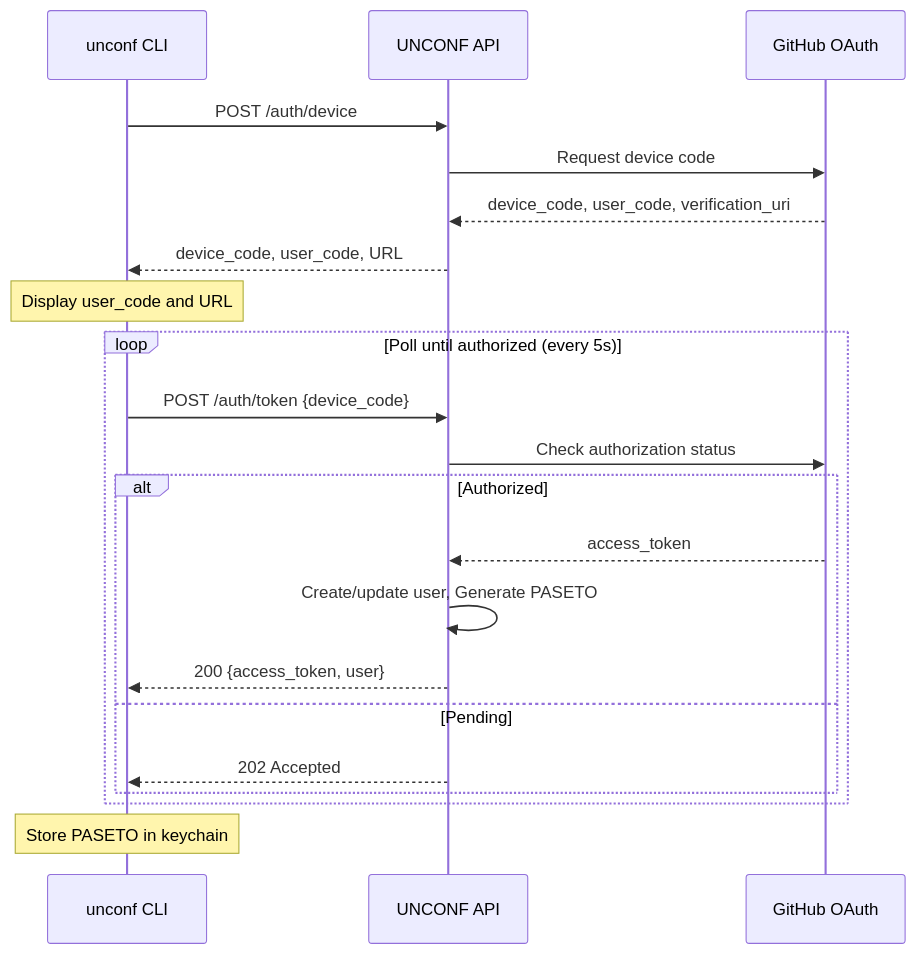
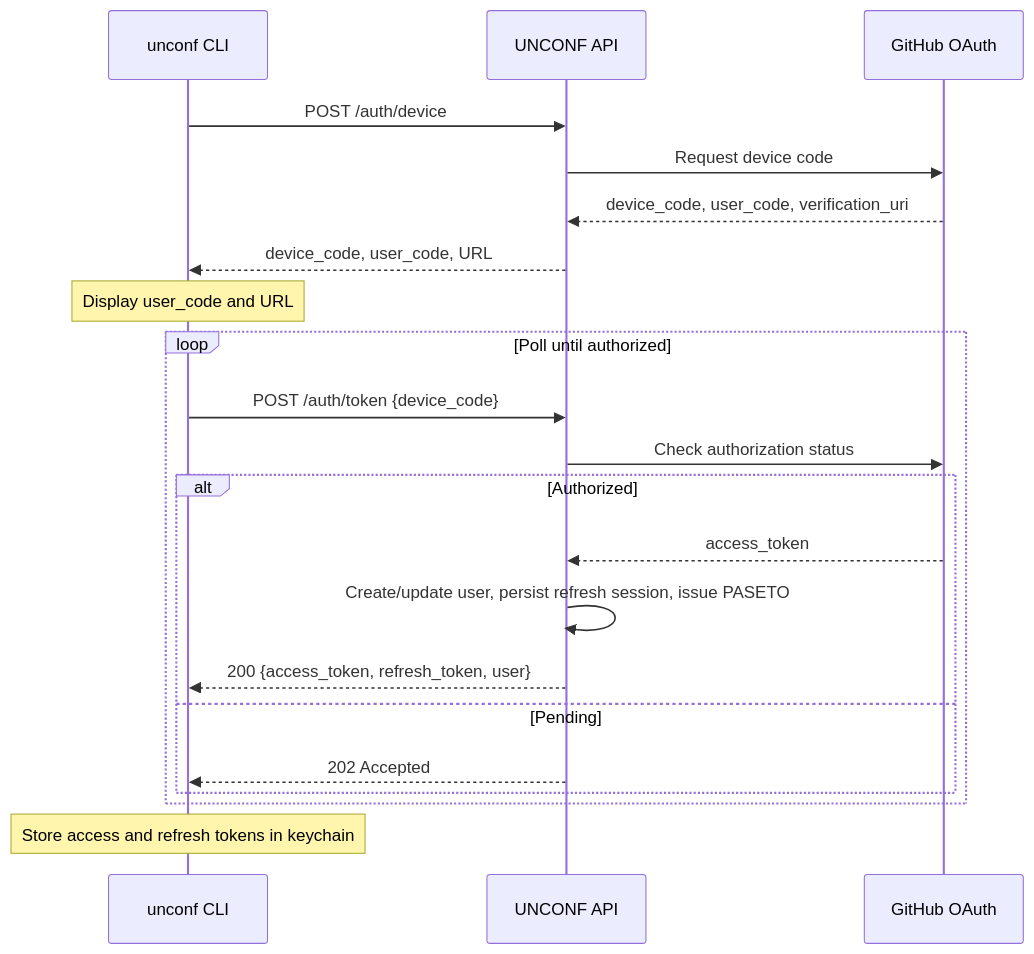
The diagram in docs/architecture/5-api-specification.md (extreme-programming-user-group-bergamo/unconf-vibes), drawn with Mermaid before and after one commit. The commit also changed other lines of this file and 19 other files, not shown here.

````diff
--- a/docs/architecture/5-api-specification.md
+++ b/docs/architecture/5-api-specification.md
@@ -42,27 +56,27 @@
 ```mermaid
 sequenceDiagram
     participant CLI as unconf CLI
     participant API as UNCONF API
     participant GH as GitHub OAuth
 
     CLI->>API: POST /auth/device
     API->>GH: Request device code
     GH-->>API: device_code, user_code, verification_uri
     API-->>CLI: device_code, user_code, URL
-    
+
     Note over CLI: Display user_code and URL
-    
-    loop Poll until authorized (every 5s)
+
+    loop Poll until authorized
         CLI->>API: POST /auth/token {device_code}
         API->>GH: Check authorization status
         alt Authorized
             GH-->>API: access_token
-            API->>API: Create/update user, Generate PASETO
-            API-->>CLI: 200 {access_token, user}
+            API->>API: Create/update user, persist refresh session, issue PASETO
+            API-->>CLI: 200 {access_token, refresh_token, user}
         else Pending
             API-->>CLI: 202 Accepted
         end
     end
-    
-    Note over CLI: Store PASETO in keychain
+
+    Note over CLI: Store access and refresh tokens in keychain
 ```
````
